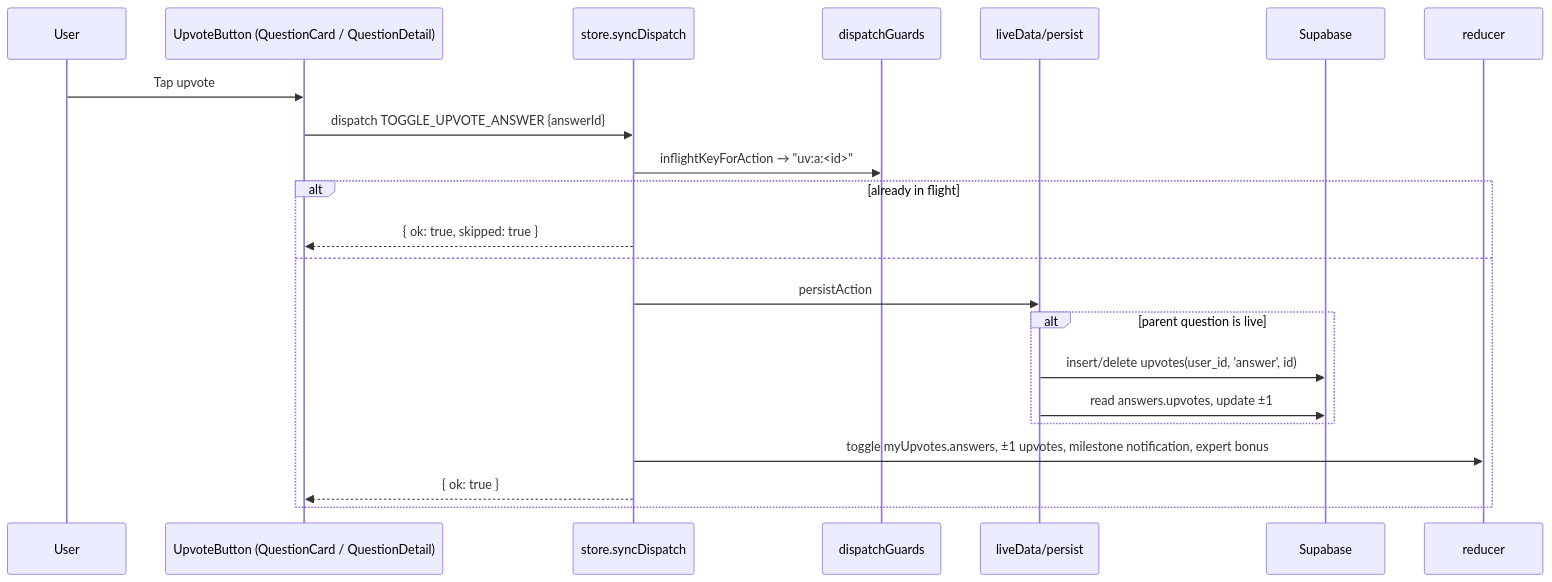
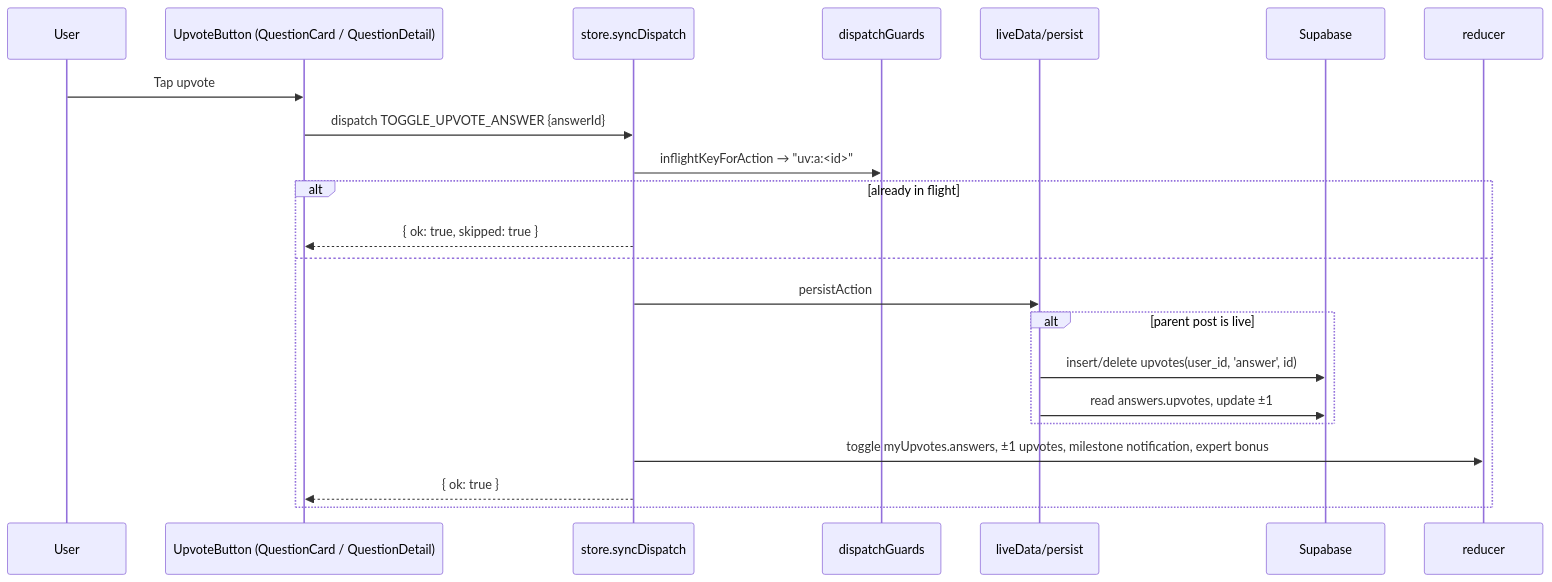
The fourth of 4 diagrams in docs/APP_MAP.md (Chautari20/chautari), drawn with Mermaid before and after one commit. The commit also changed other lines of this file and 32 other files, not shown here.

First line of the commit message:
Rename questions to posts across app copy, Supabase schema (014) and docs; fix replies by applying 010

````diff
--- a/docs/APP_MAP.md
+++ b/docs/APP_MAP.md
@@ -449,24 +451,24 @@
 ```mermaid
 sequenceDiagram
   participant U as User
   participant C as UpvoteButton (QuestionCard / QuestionDetail)
   participant SD as store.syncDispatch
   participant G as dispatchGuards
   participant PA as liveData/persist
   participant SB as Supabase
   participant R as reducer
   U->>C: Tap upvote
   C->>SD: dispatch TOGGLE_UPVOTE_ANSWER {answerId}
   SD->>G: inflightKeyForAction → "uv:a:<id>"
   alt already in flight
     SD-->>C: { ok: true, skipped: true }
   else
     SD->>PA: persistAction
-    alt parent question is live
+    alt parent post is live
       PA->>SB: insert/delete upvotes(user_id, 'answer', id)
       PA->>SB: read answers.upvotes, update ±1
     end
     SD->>R: toggle myUpvotes.answers, ±1 upvotes, milestone notification, expert bonus
     SD-->>C: { ok: true }
   end
 ```
````
